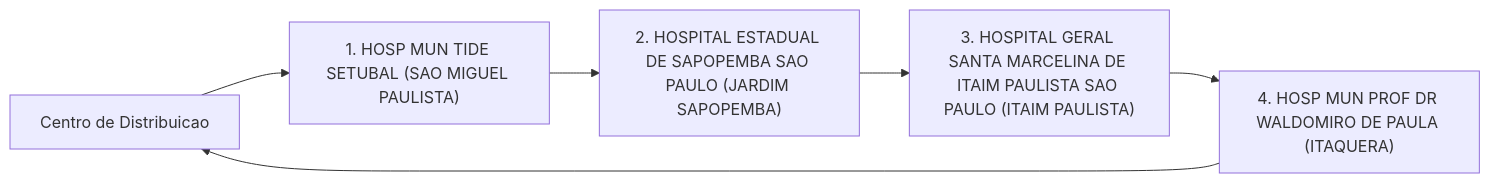
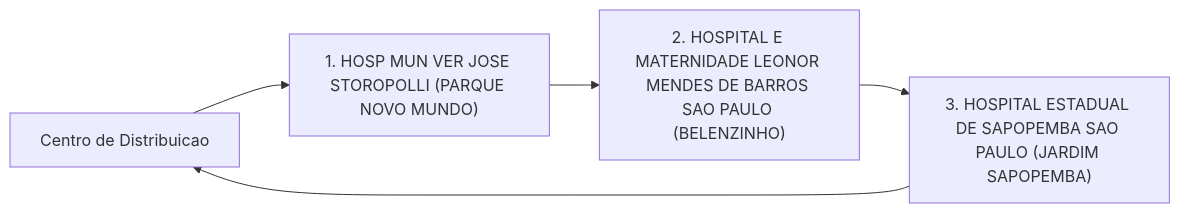
One commit to victorldomingues/pos_fiap_ia_fase2_tech_challenge changed the tenth of 11 diagrams in tsp/output/instrucoes_motoristas.md. Above: the diagram before and after it, drawn with Mermaid. The commit also changed other lines of this file and 6 other files, not shown here.

````diff
--- a/tsp/output/instrucoes_motoristas.md
+++ b/tsp/output/instrucoes_motoristas.md
@@ -637,13 +637,11 @@
 ```mermaid
 flowchart LR
     deposito["Centro de Distribuicao"]
-    parada_1["1. HOSP MUN TIDE SETUBAL (SAO MIGUEL PAULISTA)"]
+    parada_1["1. HOSP MUN VER JOSE STOROPOLLI (PARQUE NOVO MUNDO)"]
     deposito --> parada_1
-    parada_2["2. HOSPITAL ESTADUAL DE SAPOPEMBA SAO PAULO (JARDIM SAPOPEMBA)"]
+    parada_2["2. HOSPITAL E MATERNIDADE LEONOR MENDES DE BARROS SAO PAULO (BELENZINHO)"]
     parada_1 --> parada_2
-    parada_3["3. HOSPITAL GERAL SANTA MARCELINA DE ITAIM PAULISTA SAO PAULO (ITAIM PAULISTA)"]
+    parada_3["3. HOSPITAL ESTADUAL DE SAPOPEMBA SAO PAULO (JARDIM SAPOPEMBA)"]
     parada_2 --> parada_3
-    parada_4["4. HOSP MUN PROF DR WALDOMIRO DE PAULA (ITAQUERA)"]
-    parada_3 --> parada_4
-    parada_4 --> deposito
+    parada_3 --> deposito
 ```
````
